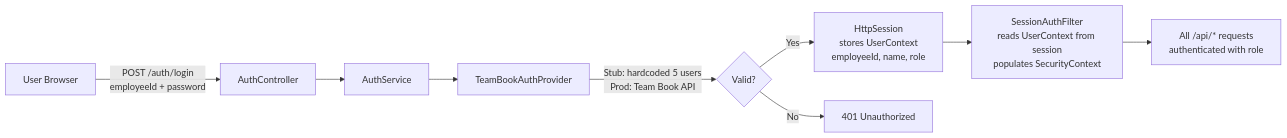
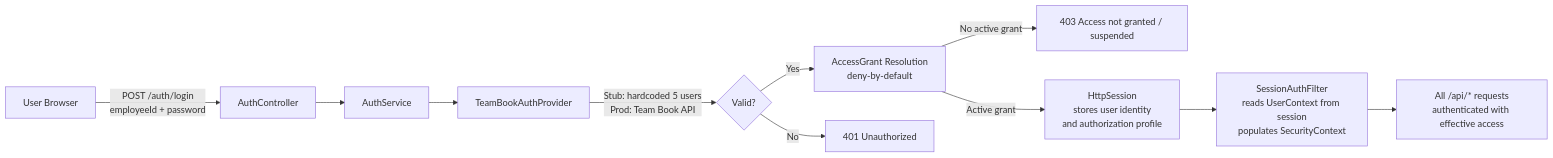
The fifth of 9 diagrams in docs/04-architecture/data-flow.md (wwa-lab/deployment-agent), drawn with Mermaid before and after one commit. The commit also changed other lines of this file and 11 other files, not shown here.

````diff
--- a/docs/04-architecture/data-flow.md
+++ b/docs/04-architecture/data-flow.md
@@ -165,12 +165,15 @@
 ```mermaid
 flowchart LR
     User[User Browser] -->|POST /auth/login<br/>employeeId + password| Auth[AuthController]
     Auth --> AS[AuthService]
     AS --> TB[TeamBookAuthProvider]
     TB -->|Stub: hardcoded 5 users<br/>Prod: Team Book API| Validate{Valid?}
-    Validate -->|Yes| Session[HttpSession<br/>stores UserContext<br/>employeeId, name, role]
+    Validate -->|Yes| AG[AccessGrant Resolution<br/>deny-by-default]
     Validate -->|No| Err[401 Unauthorized]
 
+    AG -->|No active grant| Forbidden[403 Access not granted / suspended]
+    AG -->|Active grant| Session[HttpSession<br/>stores user identity<br/>and authorization profile]
+
     Session --> SF[SessionAuthFilter<br/>reads UserContext from session<br/>populates SecurityContext]
-    SF --> API[All /api/* requests<br/>authenticated with role]
+    SF --> API[All /api/* requests<br/>authenticated with effective access]
 ```
````
